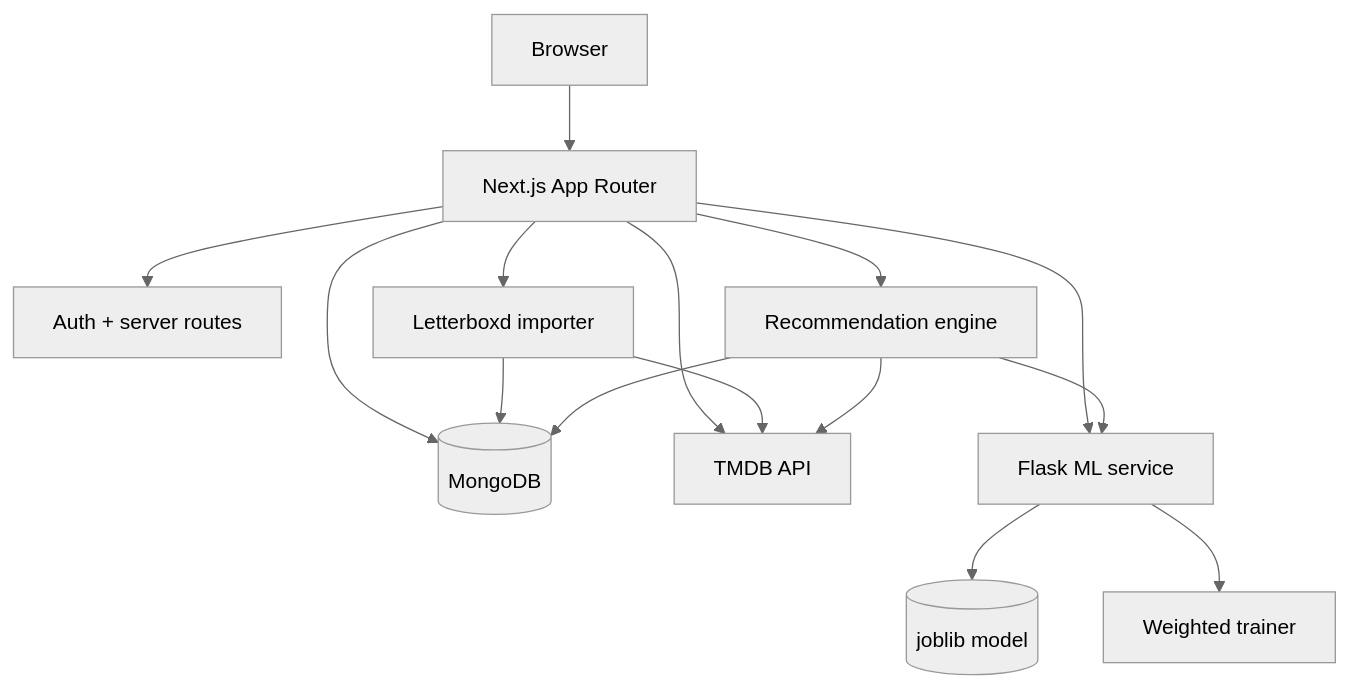
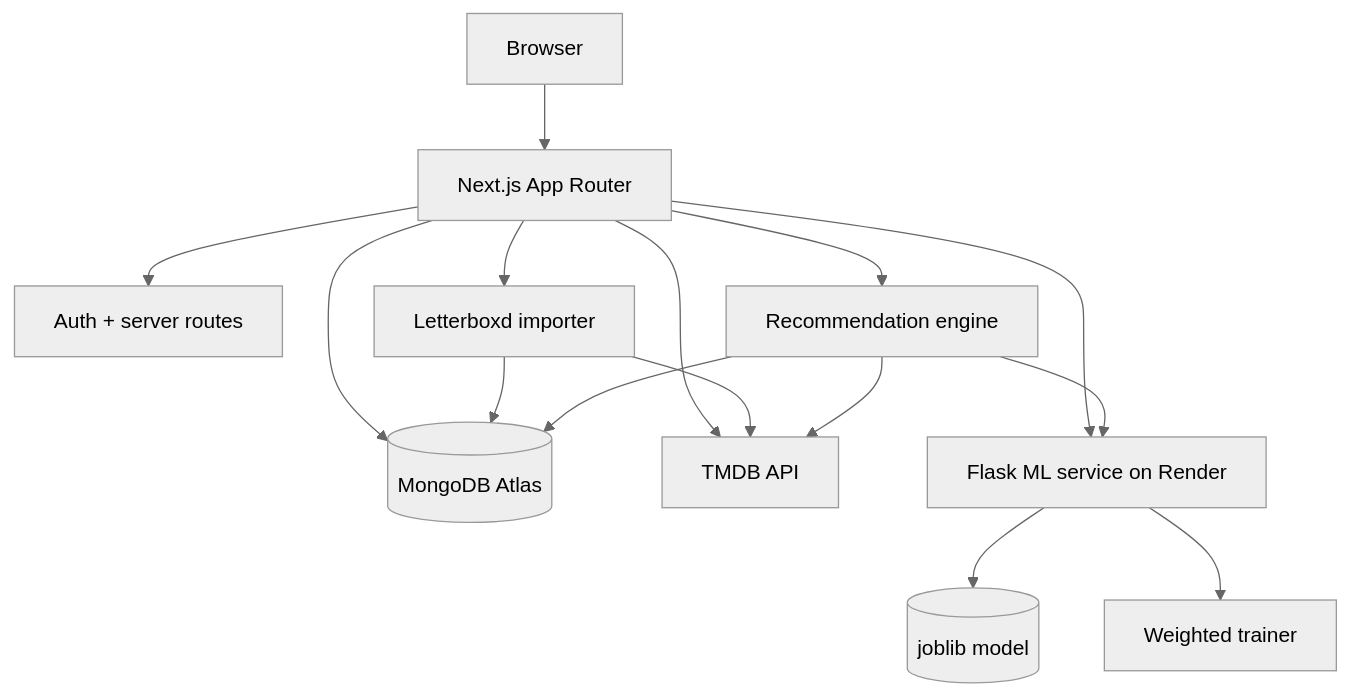
The fourth of 4 diagrams in README.md (Kaniska1/memento), drawn with Mermaid (neutral theme) before and after one commit. The commit also changed other lines of this file, not shown here.

````diff
--- a/README.md
+++ b/README.md
@@ -234,21 +244,21 @@
 ```mermaid
 flowchart TB
     U[Browser] --> NEXT[Next.js App Router]
 
     NEXT --> AUTH[Auth + server routes]
-    NEXT --> MDB[(MongoDB)]
+    NEXT --> MDB[(MongoDB Atlas)]
     NEXT --> TMDB[TMDB API]
-    NEXT --> ML[Flask ML service]
+    NEXT --> ML[Flask ML service on Render]
 
     ML --> MODEL[(joblib model)]
     ML --> TRAIN[Weighted trainer]
 
     NEXT --> IMP[Letterboxd importer]
     IMP --> TMDB
     IMP --> MDB
 
     NEXT --> REC[Recommendation engine]
     REC --> MDB
     REC --> TMDB
     REC --> ML
 ```
````
